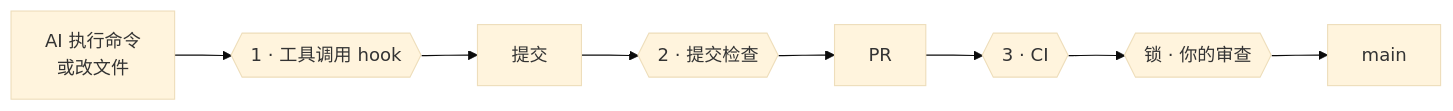
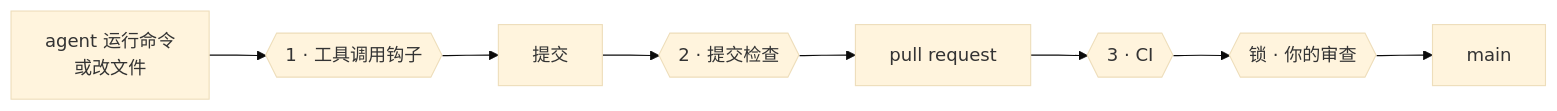
Before and after one commit to coo1white/yokoten: the first of 2 diagrams in docs/i18n/zh-CN/guide.md, drawn with Mermaid (base theme). The commit also changed other lines of this file and 6 other files, not shown here.

````diff
--- a/docs/i18n/zh-CN/guide.md
+++ b/docs/i18n/zh-CN/guide.md
@@ -63,7 +76,7 @@
 ```mermaid
 flowchart LR
-  A["AI 执行命令<br/>或改文件"] --> H{{"1 · 工具调用 hook"}}
+  A["agent 运行命令<br/>或改文件"] --> H{{"1 · 工具调用钩子"}}
   H --> C["提交"] --> K{{"2 · 提交检查"}}
-  K --> P["PR"] --> I{{"3 · CI"}}
+  K --> P["pull request"] --> I{{"3 · CI"}}
   I --> R{{"锁 · 你的审查"}} --> M["main"]
 ```
````
